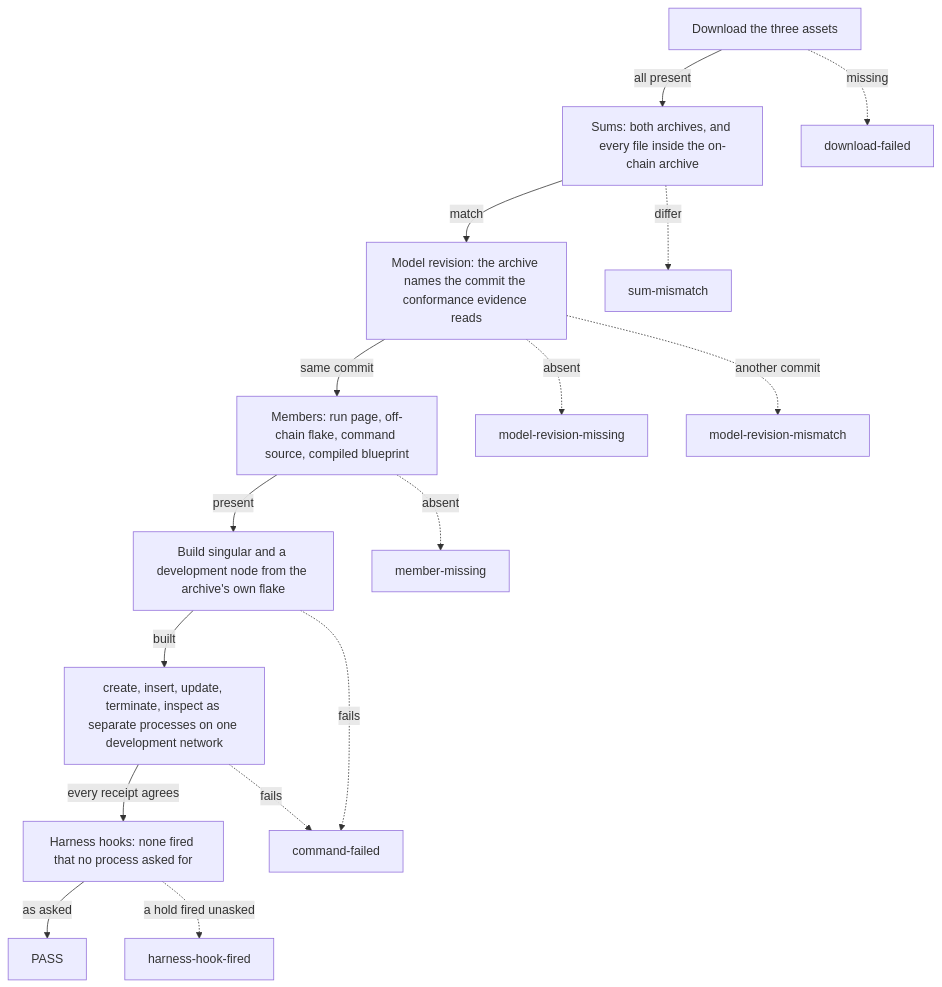
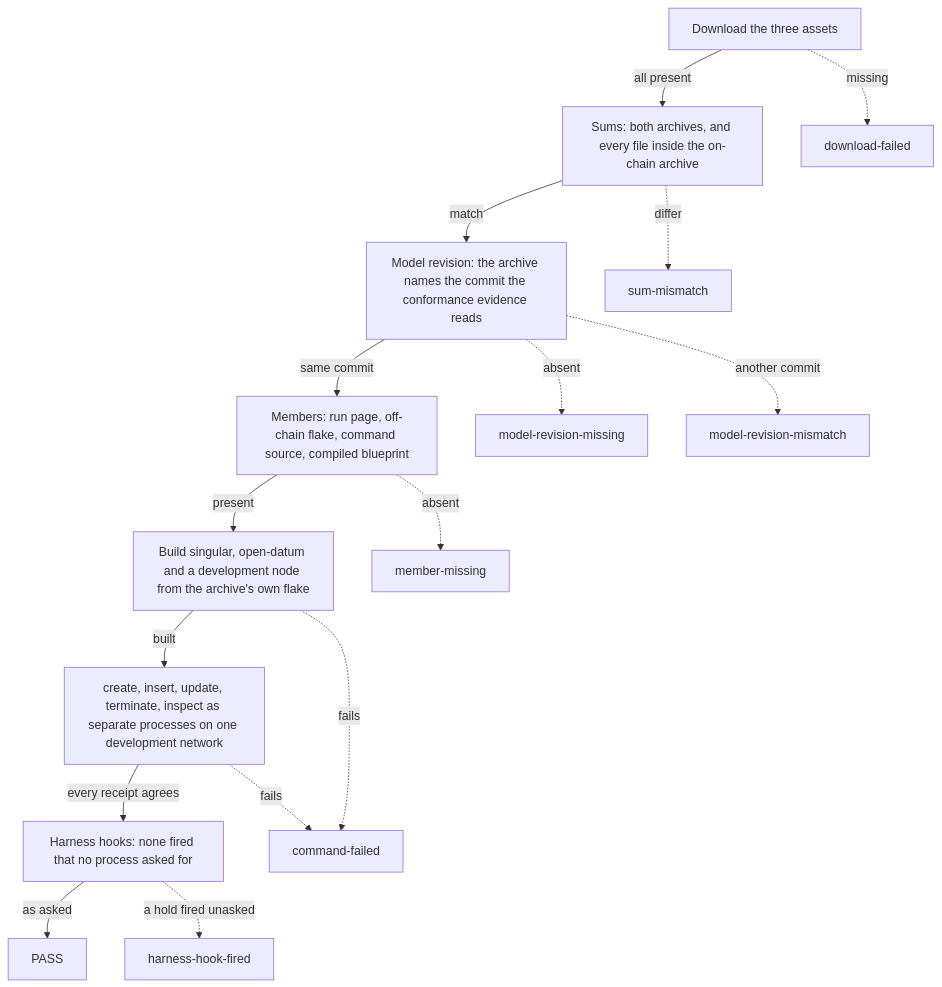
The diagram in docs/verify-release.md (lambdasistemi/singular), drawn with Mermaid before and after one commit. The commit also changed other lines of this file and 161 other files, not shown here.

First line of the commit message:
feat(528): the open datum is an executable of its own, built from its own tree

````diff
--- a/docs/verify-release.md
+++ b/docs/verify-release.md
@@ -40,18 +40,18 @@
 ```mermaid
 flowchart TD
     D[Download the three assets] -->|all present| S[Sums: both archives, and every file inside the on-chain archive]
     S -->|match| M[Model revision: the archive names the commit the conformance evidence reads]
     M -->|same commit| E[Members: run page, off-chain flake, command source, compiled blueprint]
-    E -->|present| B[Build singular and a development node from the archive's own flake]
+    E -->|present| B[Build singular, open-datum and a development node from the archive's own flake]
     B -->|built| J[create, insert, update, terminate, inspect as separate processes on one development network]
     J -->|every receipt agrees| H[Harness hooks: none fired that no process asked for]
     H -->|as asked| P[PASS]
     D -.->|missing| R1[download-failed]
     S -.->|differ| R2[sum-mismatch]
     M -.->|absent| R3[model-revision-missing]
     M -.->|another commit| R4[model-revision-mismatch]
     E -.->|absent| R5[member-missing]
     B -.->|fails| R6[command-failed]
     J -.->|fails| R6
     H -.->|a hold fired unasked| R7[harness-hook-fired]
 ```
````
